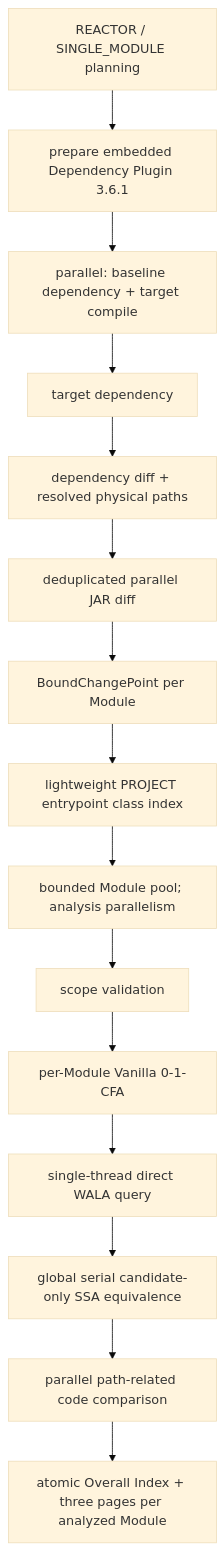
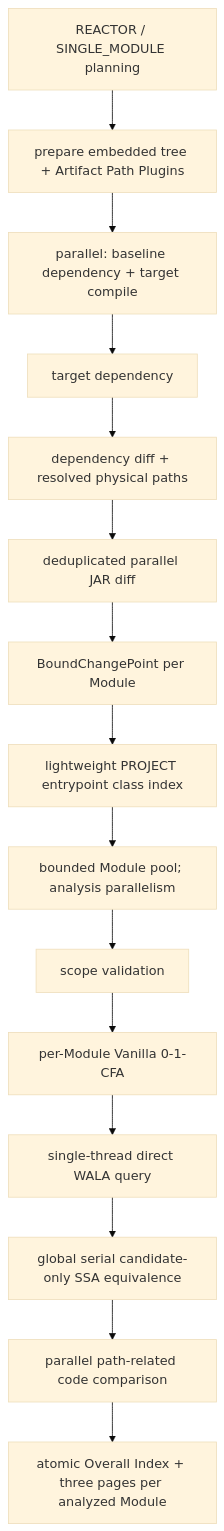
Before and after one commit to ymyii/change-impact-analyze: the diagram in wiki/architecture/dependency-analysis-pipelines.md, drawn with Mermaid (base theme). The commit also changed other lines of this file and 349 other files, not shown here.

First line of the commit message:
feat(maven): add built-in artifact path resolver

````diff
--- a/wiki/architecture/dependency-analysis-pipelines.md
+++ b/wiki/architecture/dependency-analysis-pipelines.md
@@ -32,17 +32,17 @@
 ```mermaid
 flowchart TD
-  Scope["REACTOR / SINGLE_MODULE planning"] --> Plugin["prepare embedded Dependency Plugin 3.6.1"]
+  Scope["REACTOR / SINGLE_MODULE planning"] --> Plugin["prepare embedded tree + Artifact Path Plugins"]
   Plugin --> Front
   Front["parallel: baseline dependency + target compile"] --> TargetDep["target dependency"]
   TargetDep --> DepDiff["dependency diff + resolved physical paths"]
   DepDiff --> JarDiff["deduplicated parallel JAR diff"]
   JarDiff --> Bind["BoundChangePoint per Module"]
   Bind --> EntrySelection["lightweight PROJECT entrypoint class index"]
   EntrySelection --> ModulePool["bounded Module pool; analysis parallelism"]
   ModulePool --> ScopeValidation["scope validation"]
   ScopeValidation --> CFA["per-Module Vanilla 0-1-CFA"]
   CFA --> Query["single-thread direct WALA query"]
   Query --> SSA["global serial candidate-only SSA equivalence"]
   SSA --> Decompile["parallel path-related code comparison"]
   Decompile --> Report["atomic Overall Index + three pages per analyzed Module"]
 ```
````
